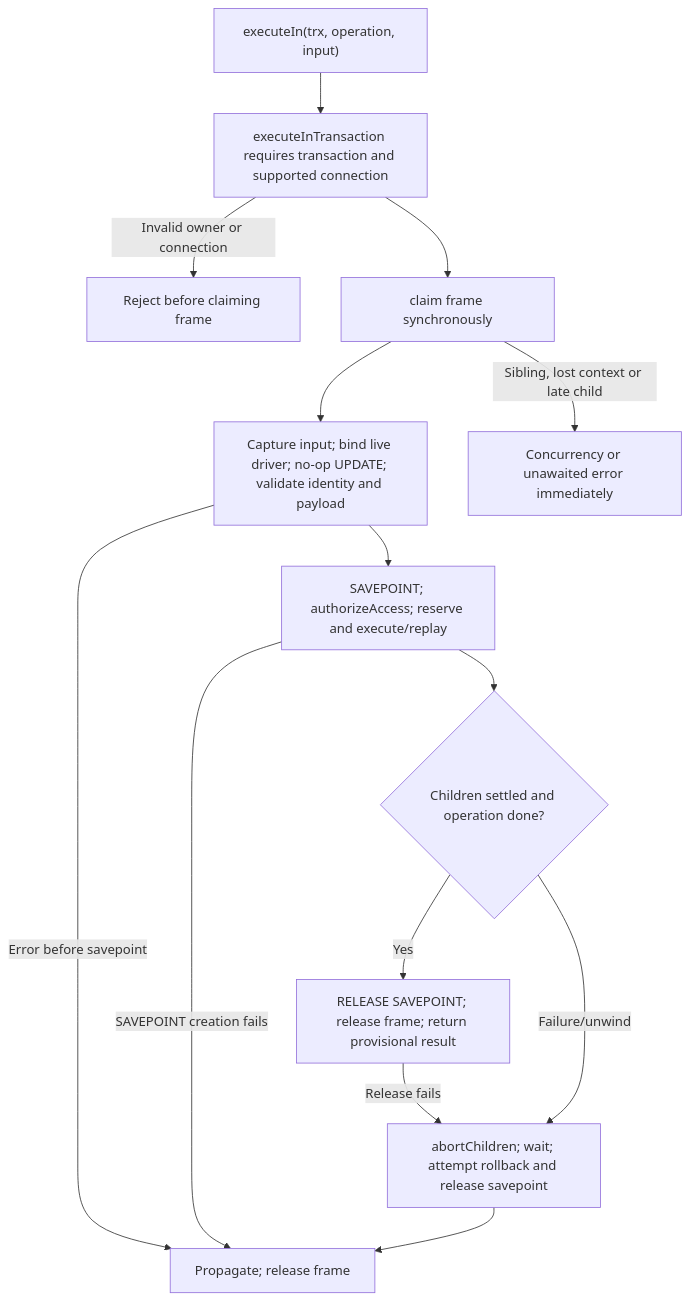
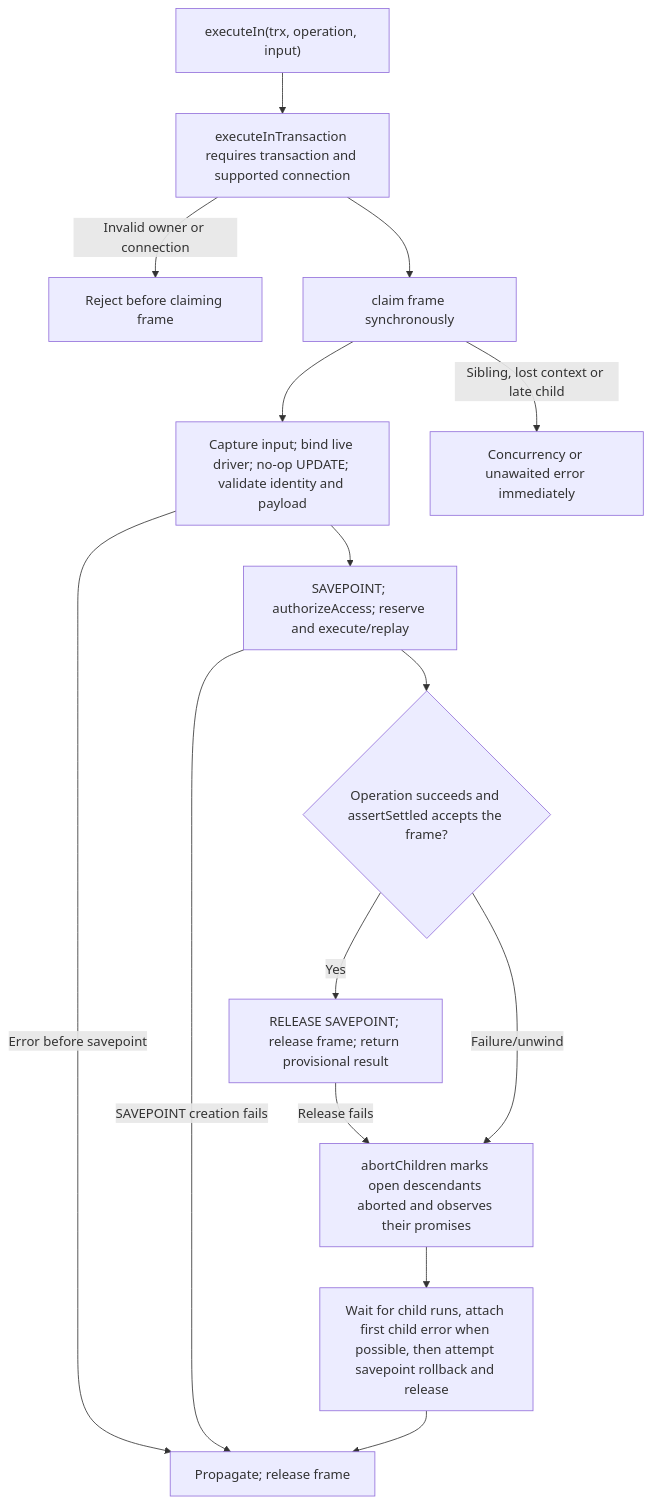
One commit to Kevinjohn/oss-adonisjs-duplicate-request-guard changed the second of 2 diagrams in user-stories/US-GUARD-02-compose-transaction.md. Above: the diagram before and after it, drawn with Mermaid. The commit also changed other lines of this file and 7 other files, not shown here.

````diff
--- a/user-stories/US-GUARD-02-compose-transaction.md
+++ b/user-stories/US-GUARD-02-compose-transaction.md
@@ -43,16 +43,17 @@
 ```mermaid
 flowchart TD
     A["executeIn(trx, operation, input)"] --> B["executeInTransaction requires transaction and supported connection"]
     B -->|Invalid owner or connection| X["Reject before claiming frame"]
     B --> C["claim frame synchronously"]
     C --> V["Capture input; bind live driver; no-op UPDATE; validate identity and payload"]
     V -->|Error before savepoint| Z["Propagate; release frame"]
     V --> D["SAVEPOINT; authorizeAccess; reserve and execute/replay"]
     D -->|SAVEPOINT creation fails| Z
-    D --> E{"Children settled and operation done?"}
+    D --> E{"Operation succeeds and assertSettled accepts the frame?"}
     E -->|Yes| F["RELEASE SAVEPOINT; release frame; return provisional result"]
     F -->|Release fails| G
-    E -->|Failure/unwind| G["abortChildren; wait; attempt rollback and release savepoint"]
-    G --> Z
+    E -->|Failure/unwind| G["abortChildren marks open descendants aborted and observes their promises"]
+    G --> Q["Wait for child runs, attach first child error when possible, then attempt savepoint rollback and release"]
+    Q --> Z
     C -->|Sibling, lost context or late child| H["Concurrency or unawaited error immediately"]
 ```
````
